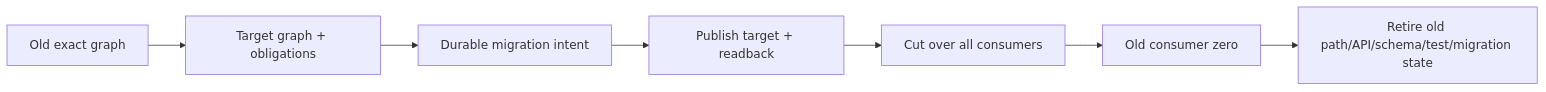
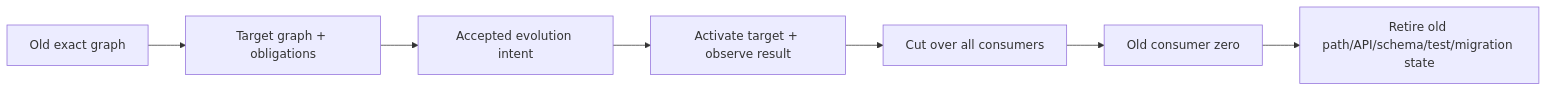
One commit to sec-platform/sec changed diagram 15 of 18 in docs/system-architecture.md. Above: the diagram before and after it, drawn with Mermaid. The commit also changed other lines of this file and 2 other files, not shown here.

````diff
--- a/docs/system-architecture.md
+++ b/docs/system-architecture.md
@@ -909,9 +941,9 @@
 ```mermaid
 flowchart LR
   O[Old exact graph] --> P[Target graph + obligations]
-  P --> M[Durable migration intent]
-  M --> N[Publish target + readback]
+  P --> M[Accepted evolution intent]
+  M --> N[Activate target + observe result]
   N --> C[Cut over all consumers]
   C --> Z[Old consumer zero]
   Z --> R[Retire old path/API/schema/test/migration state]
 ```
````
